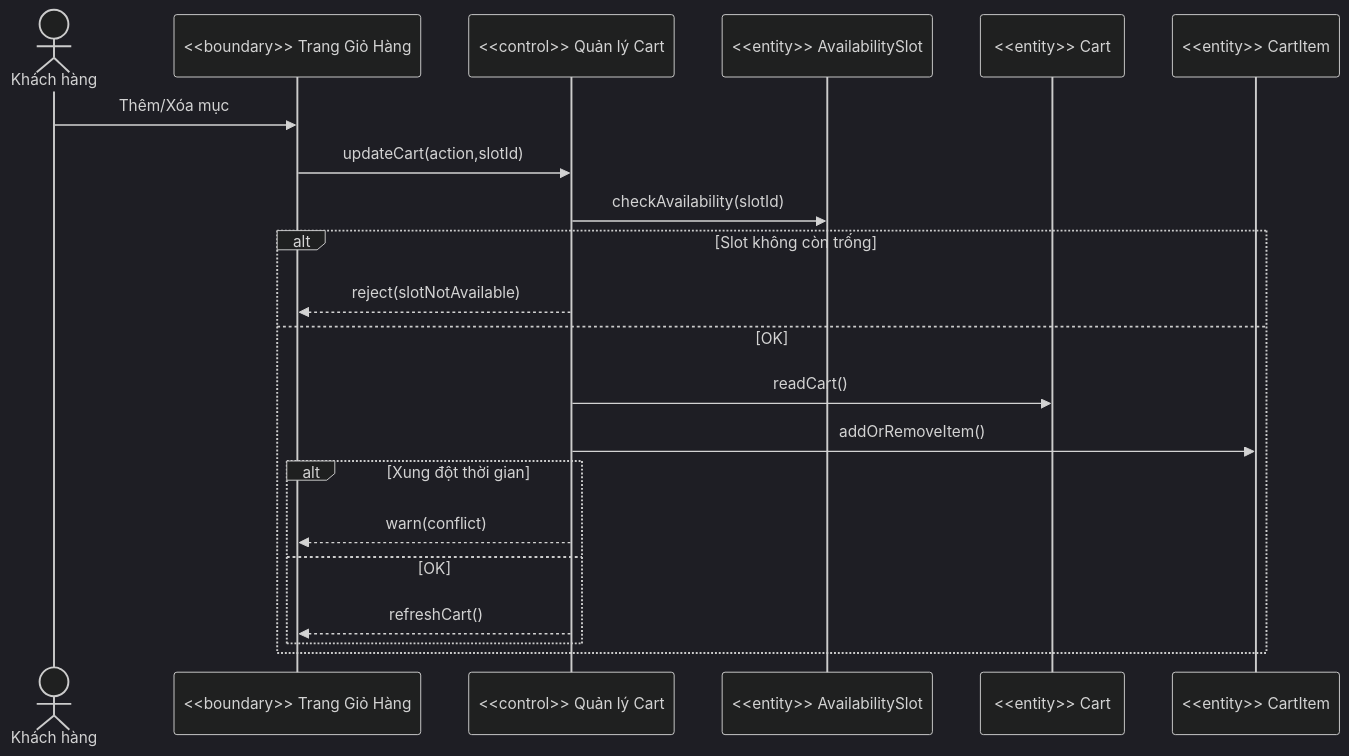
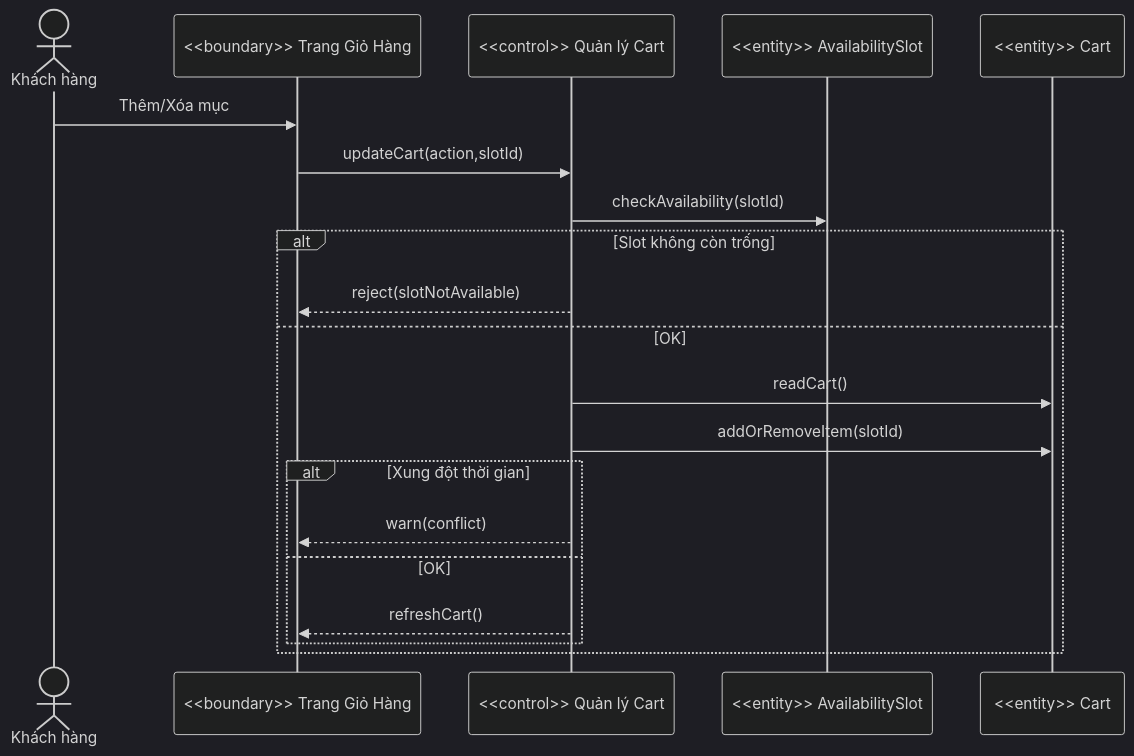
The seventh of 16 diagrams in README.md (qhun22/qq), drawn with Mermaid (dark theme) before and after one commit. The commit also changed other lines of this file, not shown here.

````diff
--- a/README.md
+++ b/README.md
@@ -197,24 +211,23 @@
 ```mermaid
 sequenceDiagram
   actor CUS as Khách hàng
   participant CART_UI as <<boundary>> Trang Giỏ Hàng
   participant CART_C as <<control>> Quản lý Cart
   participant SLOT as <<entity>> AvailabilitySlot
   participant CART as <<entity>> Cart
-  participant ITEM as <<entity>> CartItem
 
   CUS->>CART_UI: Thêm/Xóa mục
   CART_UI->>CART_C: updateCart(action,slotId)
   CART_C->>SLOT: checkAvailability(slotId)
   alt Slot không còn trống
     CART_C-->>CART_UI: reject(slotNotAvailable)
   else OK
     CART_C->>CART: readCart()
-    CART_C->>ITEM: addOrRemoveItem()
+    CART_C->>CART: addOrRemoveItem(slotId)
     alt Xung đột thời gian
       CART_C-->>CART_UI: warn(conflict)
     else OK
       CART_C-->>CART_UI: refreshCart()
     end
   end
 ```
````
